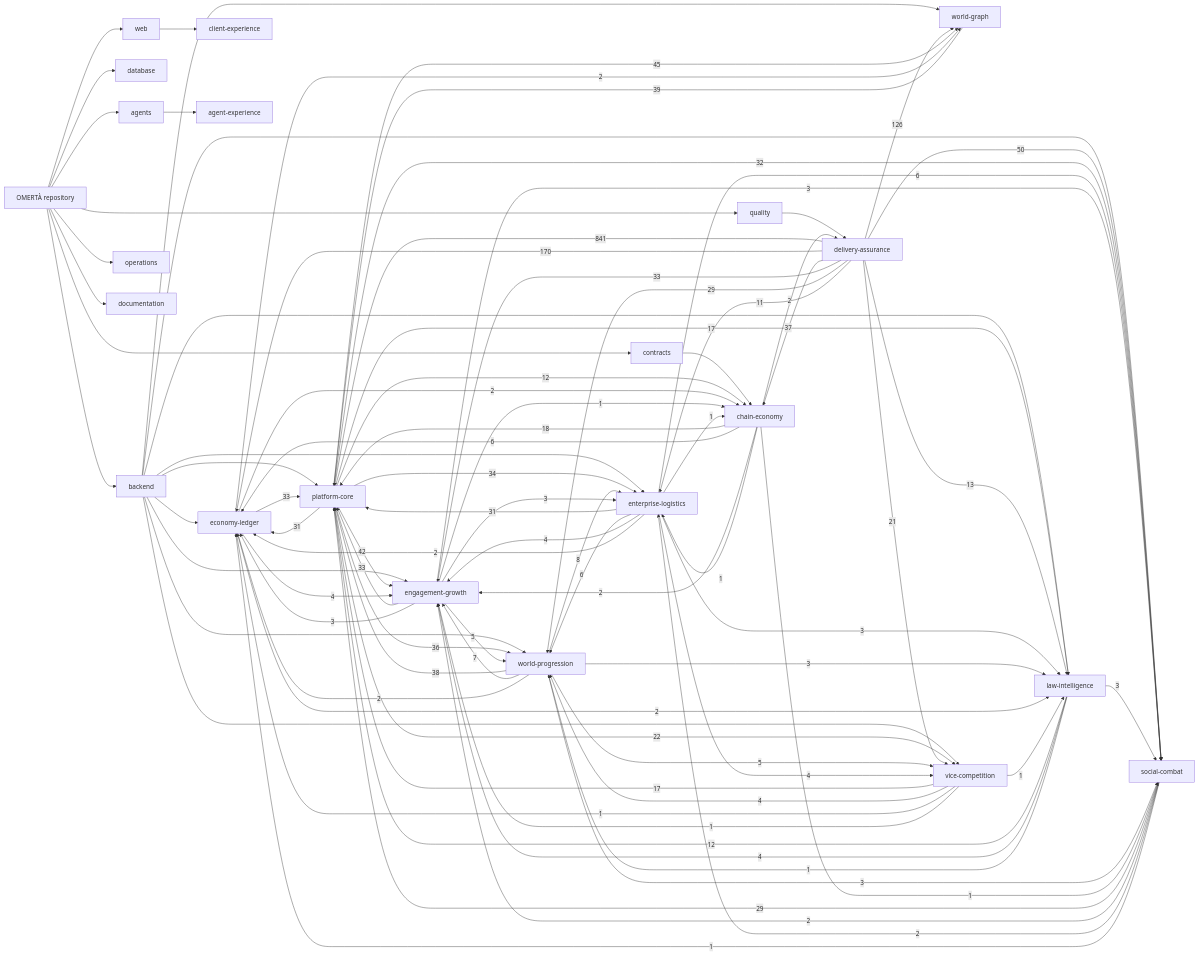
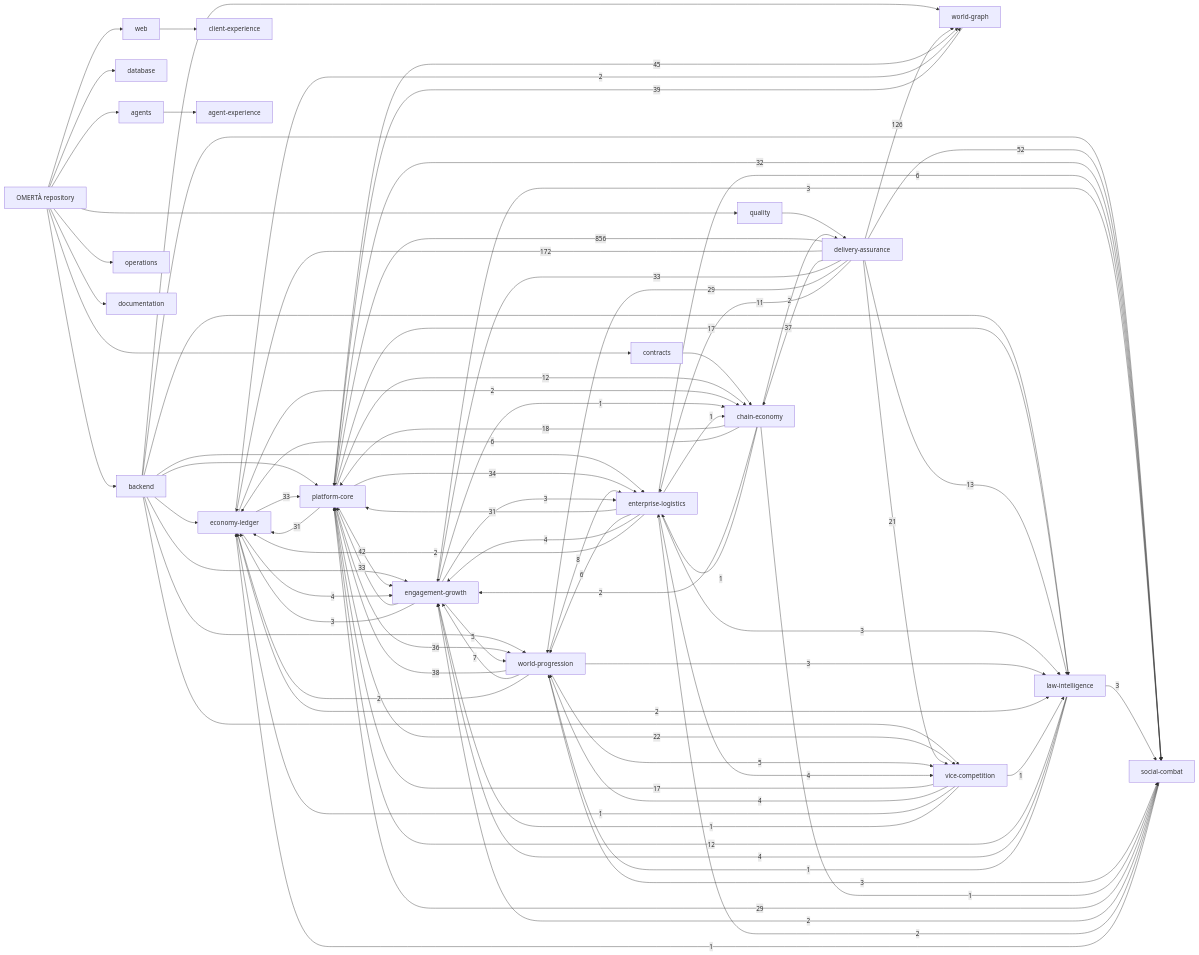
The diagram in knowledge/generated/graph.mmd (OmertaDev/Omerta), drawn with Mermaid before and after one commit. The commit also changed 6 other files, not shown here.

```diff
--- a/knowledge/generated/graph.mmd
+++ b/knowledge/generated/graph.mmd
@@ -1,109 +1,109 @@
 flowchart LR
   repo["OMERTÀ repository"]
   sub_backend["backend"]
   repo --> sub_backend
   sub_database["database"]
   repo --> sub_database
   sub_web["web"]
   repo --> sub_web
   sub_contracts["contracts"]
   repo --> sub_contracts
   sub_agents["agents"]
   repo --> sub_agents
   sub_quality["quality"]
   repo --> sub_quality
   sub_operations["operations"]
   repo --> sub_operations
   sub_documentation["documentation"]
   repo --> sub_documentation
   dom_platform-core["platform-core"]
   dom_economy-ledger["economy-ledger"]
   dom_social-combat["social-combat"]
   dom_world-progression["world-progression"]
   dom_world-graph["world-graph"]
   dom_enterprise-logistics["enterprise-logistics"]
   dom_vice-competition["vice-competition"]
   dom_law-intelligence["law-intelligence"]
   dom_chain-economy["chain-economy"]
   dom_engagement-growth["engagement-growth"]
   dom_client-experience["client-experience"]
   dom_agent-experience["agent-experience"]
   dom_delivery-assurance["delivery-assurance"]
   sub_agents --> dom_agent-experience
   sub_backend --> dom_economy-ledger
   sub_backend --> dom_engagement-growth
   sub_backend --> dom_enterprise-logistics
   sub_backend --> dom_law-intelligence
   sub_backend --> dom_platform-core
   sub_backend --> dom_social-combat
   sub_backend --> dom_vice-competition
   sub_backend --> dom_world-graph
   sub_backend --> dom_world-progression
   sub_contracts --> dom_chain-economy
   sub_quality --> dom_delivery-assurance
   sub_web --> dom_client-experience
-  dom_delivery-assurance -->|841| dom_platform-core
-  dom_delivery-assurance -->|170| dom_economy-ledger
+  dom_delivery-assurance -->|856| dom_platform-core
+  dom_delivery-assurance -->|172| dom_economy-ledger
   dom_delivery-assurance -->|126| dom_world-graph
-  dom_delivery-assurance -->|50| dom_social-combat
+  dom_delivery-assurance -->|52| dom_social-combat
   dom_platform-core -->|45| dom_world-graph
   dom_platform-core -->|42| dom_engagement-growth
   dom_world-graph -->|39| dom_platform-core
   dom_world-progression -->|38| dom_platform-core
   dom_delivery-assurance -->|37| dom_chain-economy
   dom_platform-core -->|36| dom_world-progression
   dom_platform-core -->|34| dom_enterprise-logistics
   dom_delivery-assurance -->|33| dom_engagement-growth
   dom_economy-ledger -->|33| dom_platform-core
   dom_engagement-growth -->|33| dom_platform-core
   dom_platform-core -->|32| dom_social-combat
   dom_enterprise-logistics -->|31| dom_platform-core
   dom_platform-core -->|31| dom_economy-ledger
   dom_delivery-assurance -->|29| dom_world-progression
   dom_social-combat -->|29| dom_platform-core
   dom_platform-core -->|22| dom_vice-competition
   dom_delivery-assurance -->|21| dom_vice-competition
   dom_chain-economy -->|18| dom_platform-core
   dom_platform-core -->|17| dom_law-intelligence
   dom_vice-competition -->|17| dom_platform-core
   dom_delivery-assurance -->|13| dom_law-intelligence
   dom_law-intelligence -->|12| dom_platform-core
   dom_platform-core -->|12| dom_chain-economy
   dom_delivery-assurance -->|11| dom_enterprise-logistics
   dom_world-progression -->|8| dom_enterprise-logistics
   dom_world-progression -->|7| dom_engagement-growth
   dom_chain-economy -->|6| dom_economy-ledger
   dom_enterprise-logistics -->|6| dom_social-combat
   dom_enterprise-logistics -->|6| dom_world-progression
   dom_engagement-growth -->|5| dom_world-progression
   dom_world-progression -->|5| dom_vice-competition
   dom_economy-ledger -->|4| dom_engagement-growth
   dom_enterprise-logistics -->|4| dom_engagement-growth
   dom_enterprise-logistics -->|4| dom_vice-competition
   dom_law-intelligence -->|4| dom_engagement-growth
   dom_vice-competition -->|4| dom_world-progression
   dom_engagement-growth -->|3| dom_economy-ledger
   dom_engagement-growth -->|3| dom_enterprise-logistics
   dom_engagement-growth -->|3| dom_social-combat
   dom_enterprise-logistics -->|3| dom_law-intelligence
   dom_law-intelligence -->|3| dom_social-combat
   dom_world-progression -->|3| dom_law-intelligence
   dom_world-progression -->|3| dom_social-combat
   dom_chain-economy -->|2| dom_delivery-assurance
   dom_chain-economy -->|2| dom_engagement-growth
   dom_economy-ledger -->|2| dom_chain-economy
   dom_economy-ledger -->|2| dom_law-intelligence
   dom_economy-ledger -->|2| dom_world-graph
   dom_enterprise-logistics -->|2| dom_economy-ledger
   dom_social-combat -->|2| dom_engagement-growth
   dom_social-combat -->|2| dom_enterprise-logistics
   dom_world-progression -->|2| dom_economy-ledger
   dom_chain-economy -->|1| dom_enterprise-logistics
   dom_chain-economy -->|1| dom_social-combat
   dom_engagement-growth -->|1| dom_chain-economy
   dom_enterprise-logistics -->|1| dom_chain-economy
   dom_law-intelligence -->|1| dom_world-progression
   dom_social-combat -->|1| dom_economy-ledger
   dom_vice-competition -->|1| dom_economy-ledger
   dom_vice-competition -->|1| dom_engagement-growth
   dom_vice-competition -->|1| dom_law-intelligence
```
